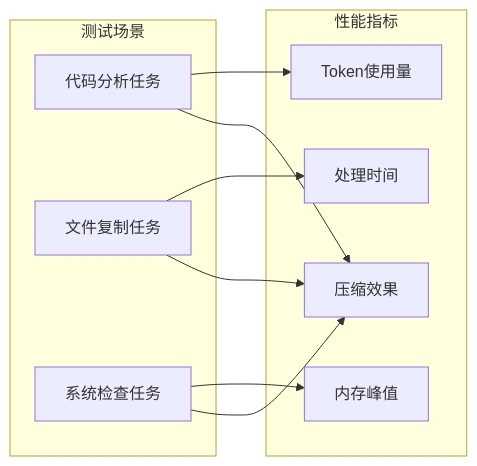
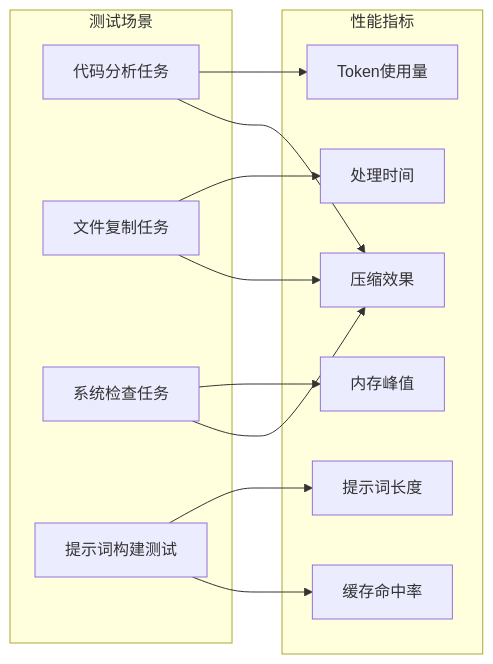
One commit to eurekaYYzero/Mini-Claude-Code changed diagram 18 of 18 in .qoder/repowiki/zh/content/高级主题/性能优化策略.md. Above: the diagram before and after it, drawn with Mermaid. The commit also changed other lines of this file and 20 other files, not shown here.

````diff
--- a/.qoder/repowiki/zh/content/高级主题/性能优化策略.md
+++ b/.qoder/repowiki/zh/content/高级主题/性能优化策略.md
@@ -502,20 +669,25 @@
 ```mermaid
 graph LR
 subgraph "测试场景"
 A[代码分析任务]
 B[文件复制任务]
 C[系统检查任务]
+D[提示词构建测试]
 end
 subgraph "性能指标"
 T1[Token使用量]
 T2[处理时间]
 T3[内存峰值]
 T4[压缩效果]
+T5[提示词长度]
+T6[缓存命中率]
 end
 A --> T1
 B --> T2
 C --> T3
 A --> T4
 B --> T4
 C --> T4
+D --> T5
+D --> T6
 ```
````
